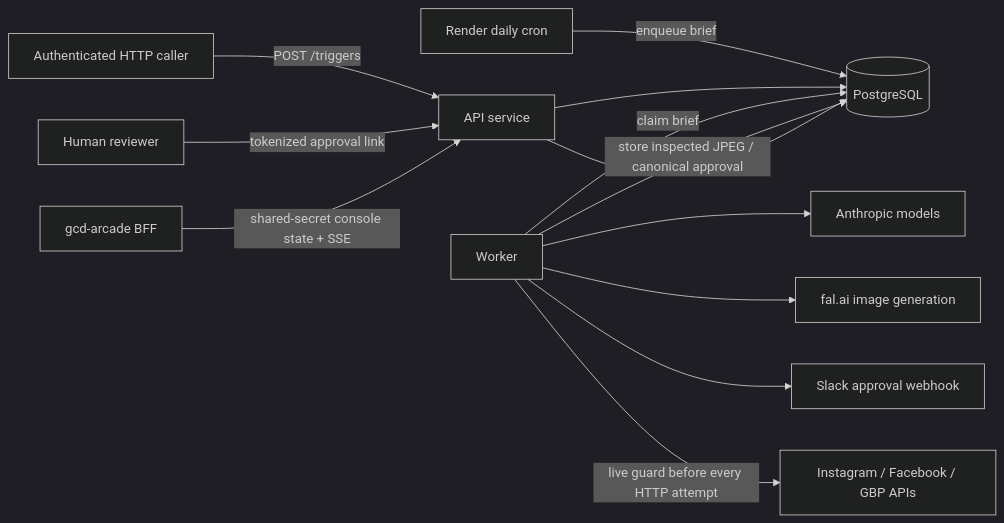
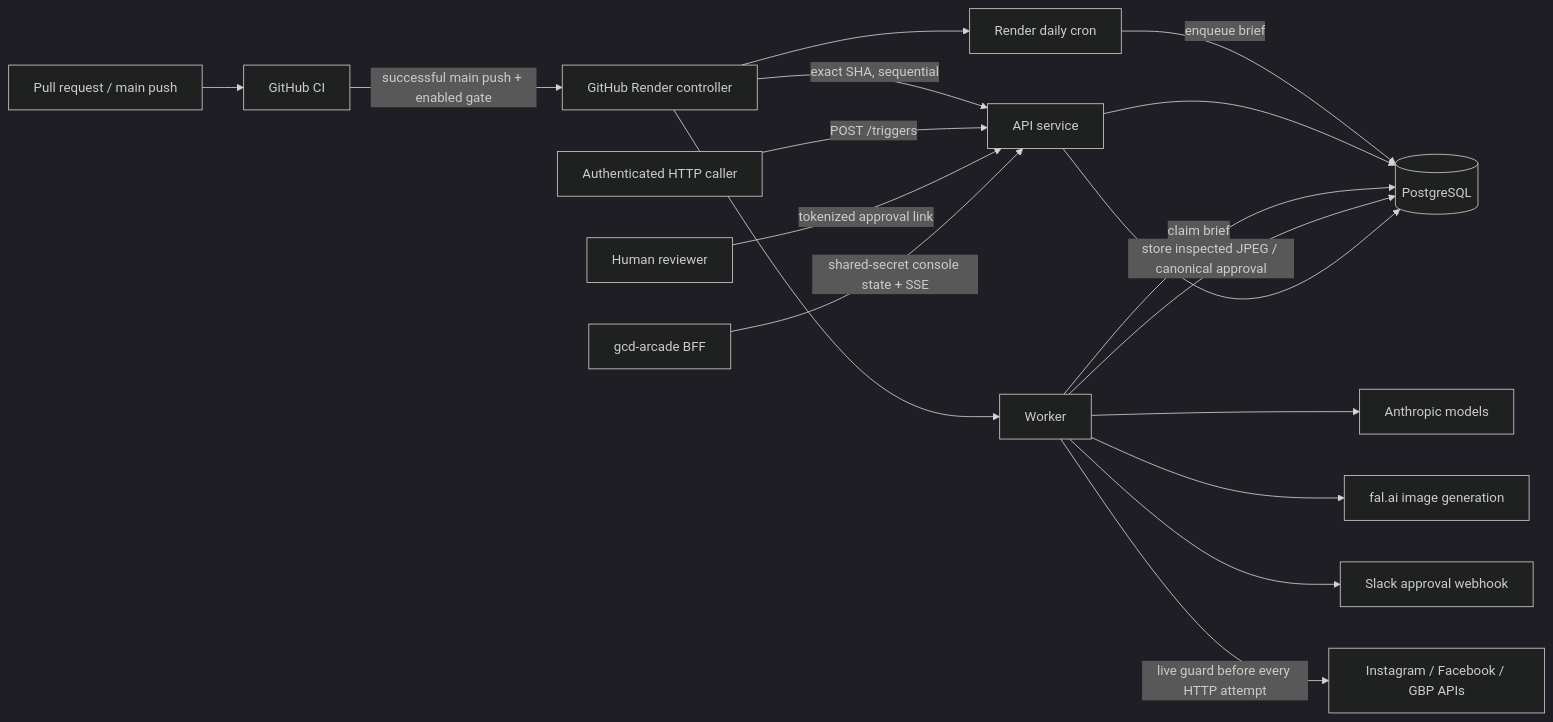
One commit to Caposhi/GCD-Agents changed the diagram in README.md. Above: the diagram before and after it, drawn with Mermaid (dark theme). The commit also changed other lines of this file and 24 other files, not shown here.

````diff
--- a/README.md
+++ b/README.md
@@ -39,15 +42,20 @@
 ```mermaid
 flowchart LR
+  PR["Pull request / main push"] --> CI["GitHub CI"]
+  CI -->|"successful main push + enabled gate"| DC["GitHub Render controller"]
+  DC -->|"exact SHA, sequential"| A
+  DC --> W
+  DC --> S
   S["Render daily cron"] -->|"enqueue brief"| D[("PostgreSQL")]
   H["Authenticated HTTP caller"] -->|"POST /triggers"| A["API service"]
   A --> D
   W["Worker"] -->|"claim brief"| D
   W --> C["Anthropic models"]
   W --> F["fal.ai image generation"]
   W -->|"store inspected JPEG / canonical approval"| D
   W --> L["Slack approval webhook"]
   R["Human reviewer"] -->|"tokenized approval link"| A
   A --> D
   W -->|"live guard before every HTTP attempt"| P["Instagram / Facebook / GBP APIs"]
   G["gcd-arcade BFF"] -->|"shared-secret console state + SSE"| A
 ```
````
